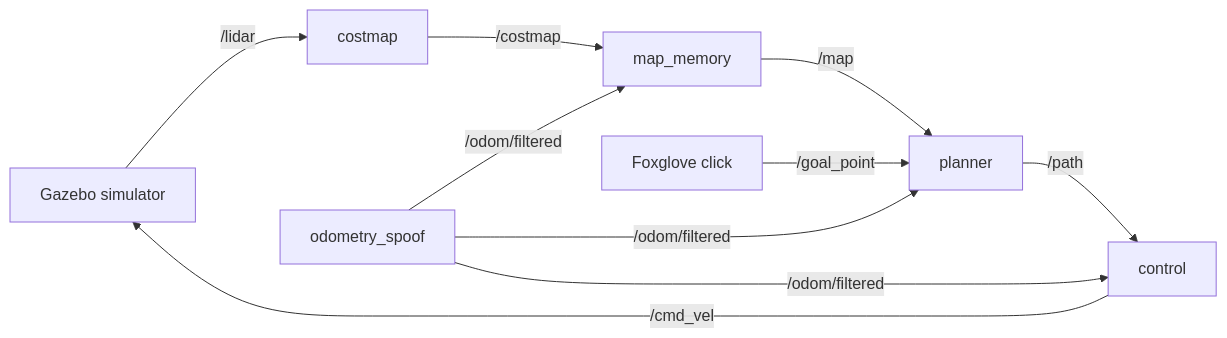
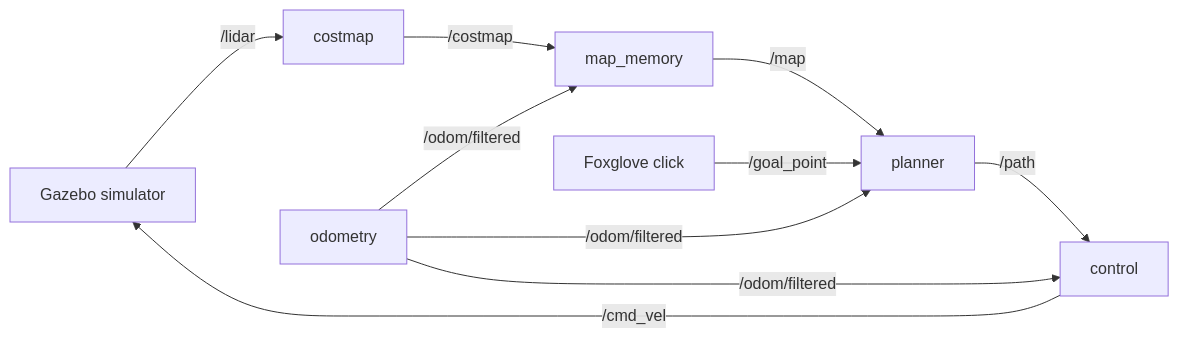
The diagram in README.md (MMahmoud27/ros2-autonomous-navigation), drawn with Mermaid before and after one commit. The commit also changed other lines of this file and 4 other files, not shown here.

````diff
--- a/README.md
+++ b/README.md
@@ -10,12 +10,12 @@
 ```mermaid
 flowchart LR
     sim["Gazebo simulator"] -->|/lidar| costmap
     costmap -->|/costmap| map_memory
-    odom["odometry_spoof"] -->|/odom/filtered| map_memory
+    odom["odometry"] -->|/odom/filtered| map_memory
     odom -->|/odom/filtered| planner
     odom -->|/odom/filtered| control
     map_memory -->|/map| planner
     foxglove["Foxglove click"] -->|/goal_point| planner
     planner -->|/path| control
     control -->|/cmd_vel| sim
 ```
````
